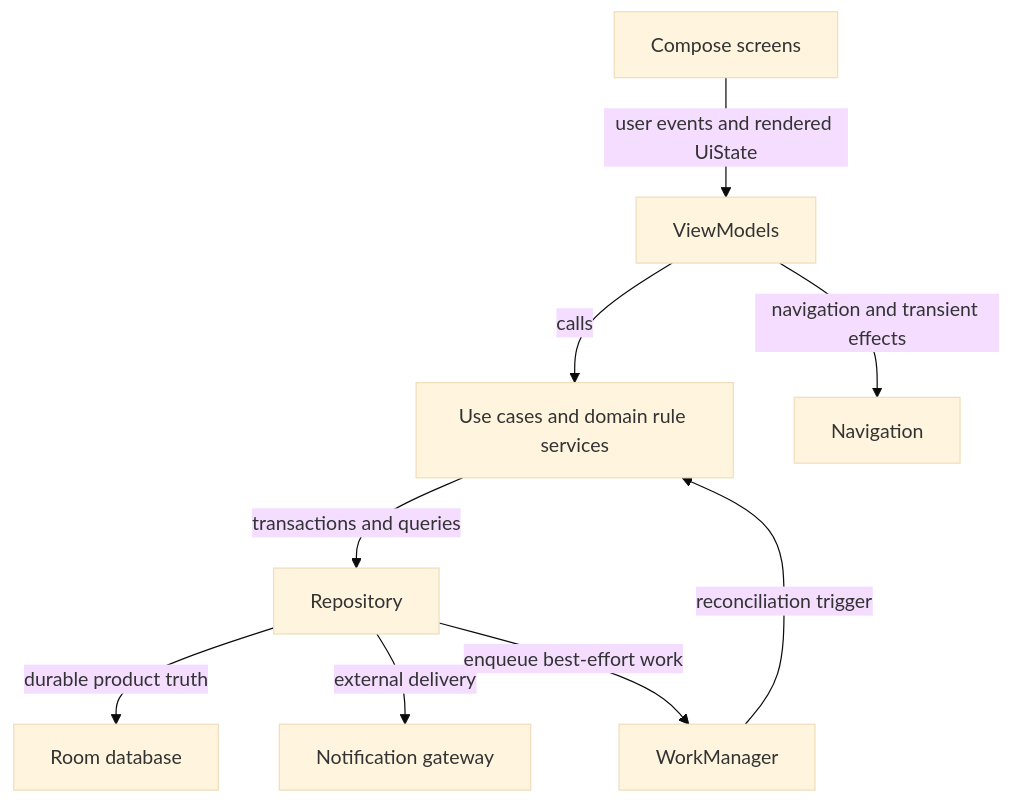
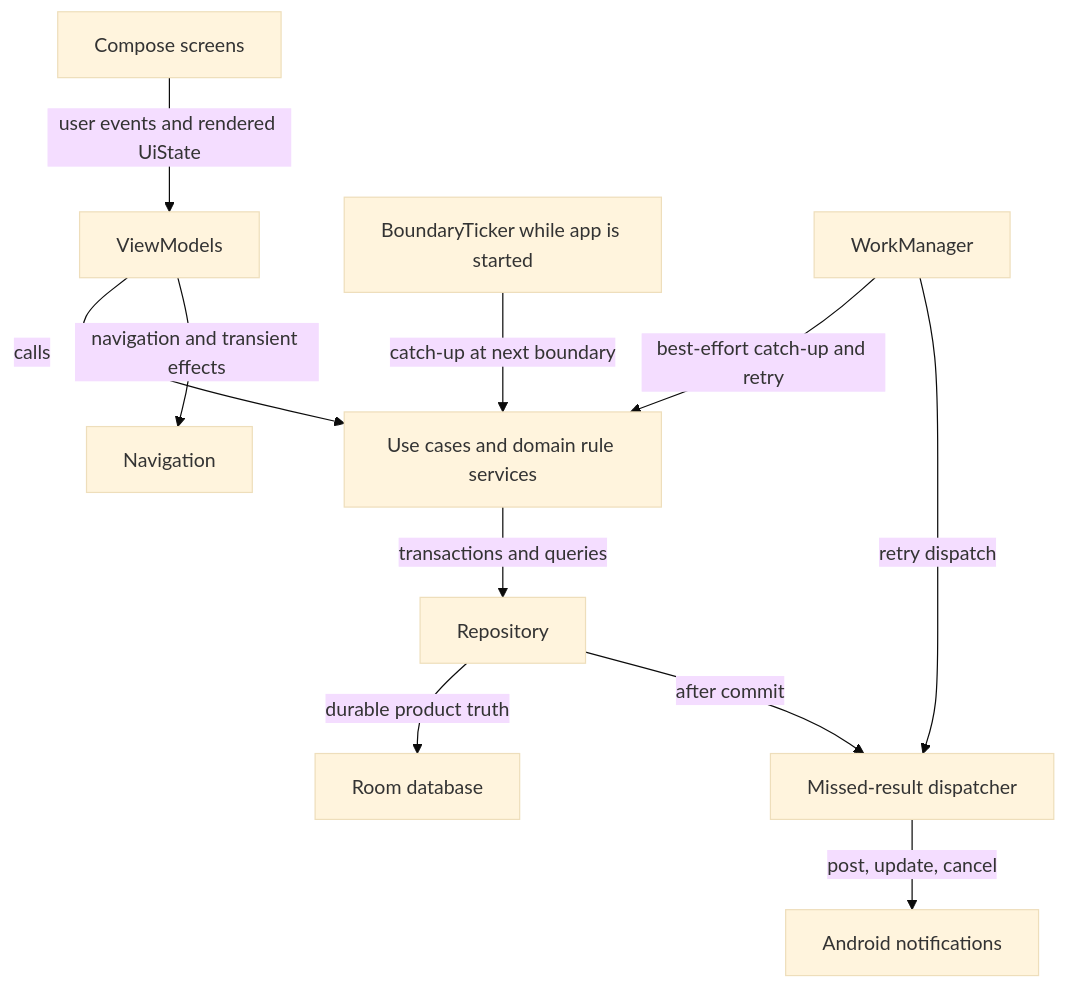
The first of 7 diagrams in docs/architecture/habit-tracker-v1-architecture.md (AnilDeshpande/SampleHabitTrackerApp), drawn with Mermaid (base theme) before and after one commit. The commit also changed other lines of this file and 7 other files, not shown here.

First line of the commit message:
Close habit tracker architecture gaps and route harness

````diff
--- a/docs/architecture/habit-tracker-v1-architecture.md
+++ b/docs/architecture/habit-tracker-v1-architecture.md
@@ -40,11 +73,13 @@
 ```mermaid
 flowchart TD
     Compose[Compose screens] -->|user events and rendered UiState| ViewModels
     ViewModels -->|calls| Domain[Use cases and domain rule services]
     ViewModels -->|navigation and transient effects| Navigation[Navigation]
     Domain -->|transactions and queries| Repository
     Repository -->|durable product truth| Room[Room database]
-    Repository -->|external delivery| Notifications[Notification gateway]
-    Repository -->|enqueue best-effort work| WorkManager
-    WorkManager -->|reconciliation trigger| Domain
+    Repository -->|after commit| Dispatcher[Missed-result dispatcher]
+    Dispatcher -->|post, update, cancel| Notifications[Android notifications]
+    Ticker[BoundaryTicker while app is started] -->|catch-up at next boundary| Domain
+    WorkManager -->|best-effort catch-up and retry| Domain
+    WorkManager -->|retry dispatch| Dispatcher
 ```
````
